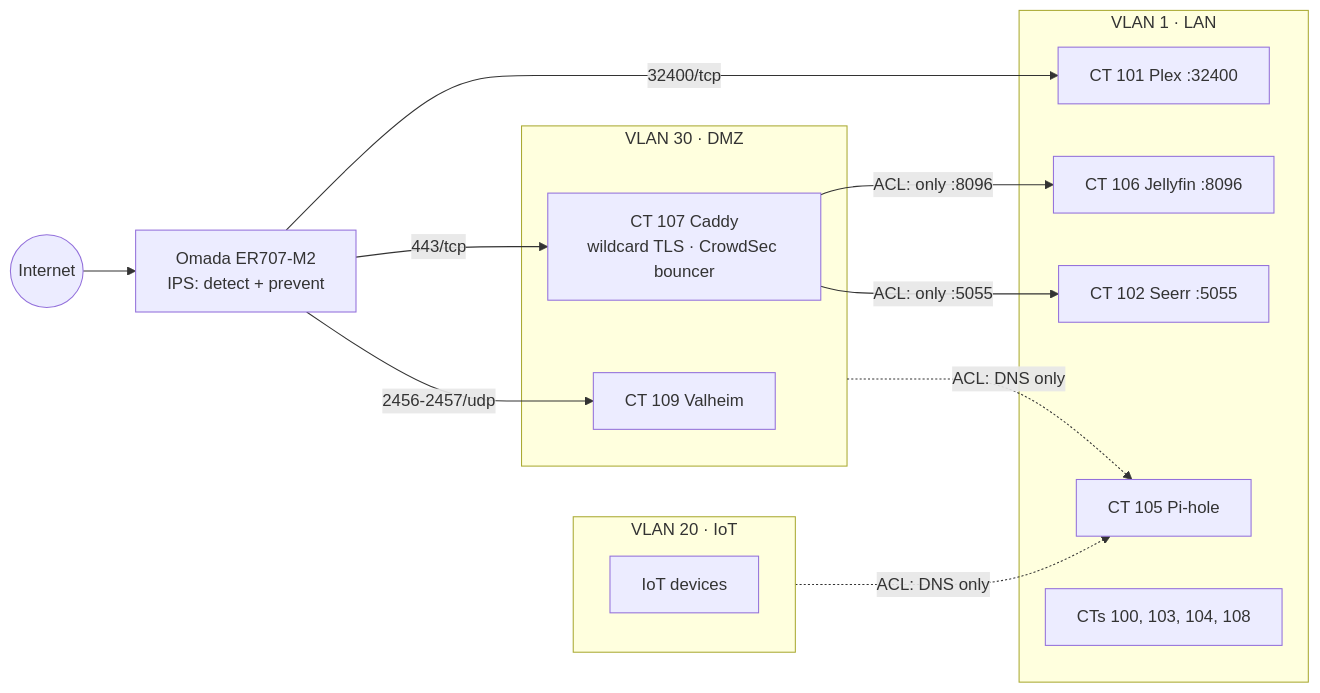
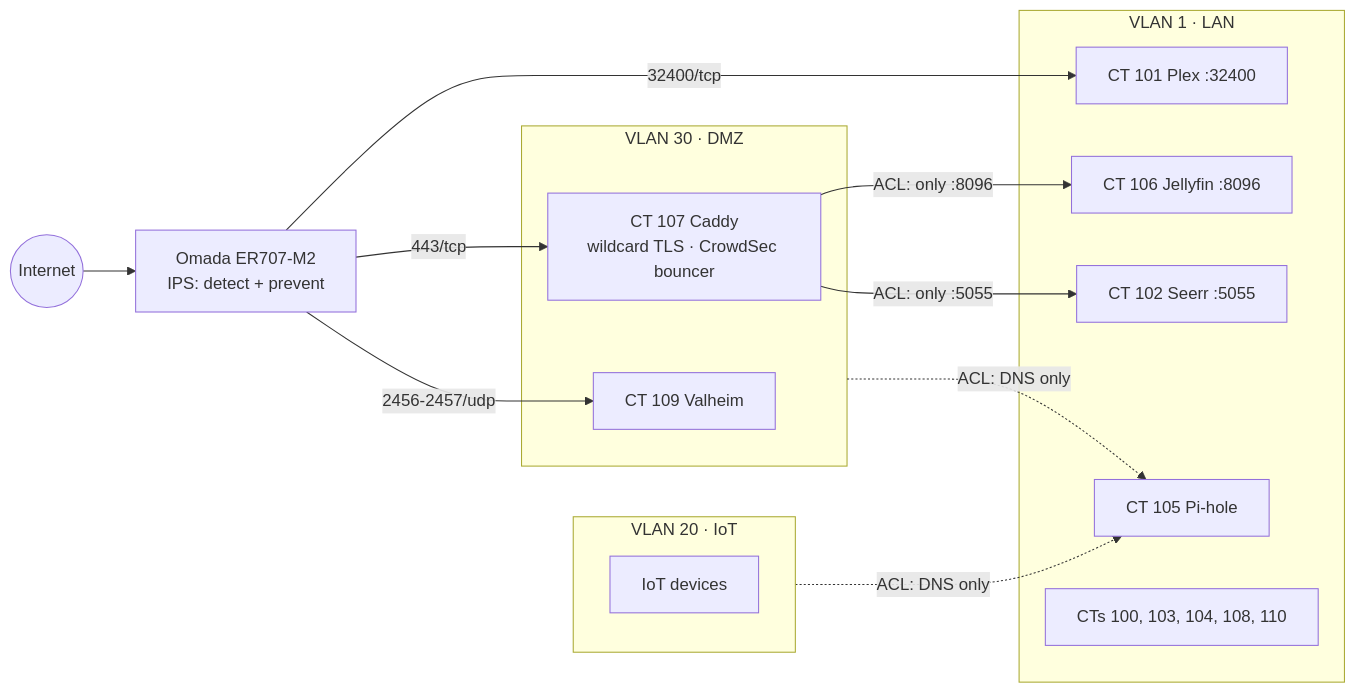
One commit to nerevarineHD/homelab-as-code changed the first of 3 diagrams in README.md. Above: the diagram before and after it, drawn with Mermaid. The commit also changed other lines of this file and 11 other files, not shown here.

````diff
--- a/README.md
+++ b/README.md
@@ -34,29 +35,29 @@
 ```mermaid
 flowchart LR
   internet((Internet)) --> er707["Omada ER707-M2<br/>IPS: detect + prevent"]
   er707 -- "443/tcp" --> caddy
   er707 -- "2456-2457/udp" --> valheim
   er707 -- "32400/tcp" --> plex
 
   subgraph dmz["VLAN 30 · DMZ"]
     caddy["CT 107 Caddy<br/>wildcard TLS · CrowdSec bouncer"]
     valheim["CT 109 Valheim"]
   end
 
   subgraph lan["VLAN 1 · LAN"]
     jellyfin["CT 106 Jellyfin :8096"]
     seerr["CT 102 Seerr :5055"]
     pihole["CT 105 Pi-hole"]
     plex["CT 101 Plex :32400"]
-    other["CTs 100, 103, 104, 108"]
+    other["CTs 100, 103, 104, 108, 110"]
   end
 
   subgraph iot["VLAN 20 · IoT"]
     devices["IoT devices"]
   end
 
   caddy -- "ACL: only :8096" --> jellyfin
   caddy -- "ACL: only :5055" --> seerr
   dmz -. "ACL: DNS only" .-> pihole
   iot -. "ACL: DNS only" .-> pihole
 ```
````
